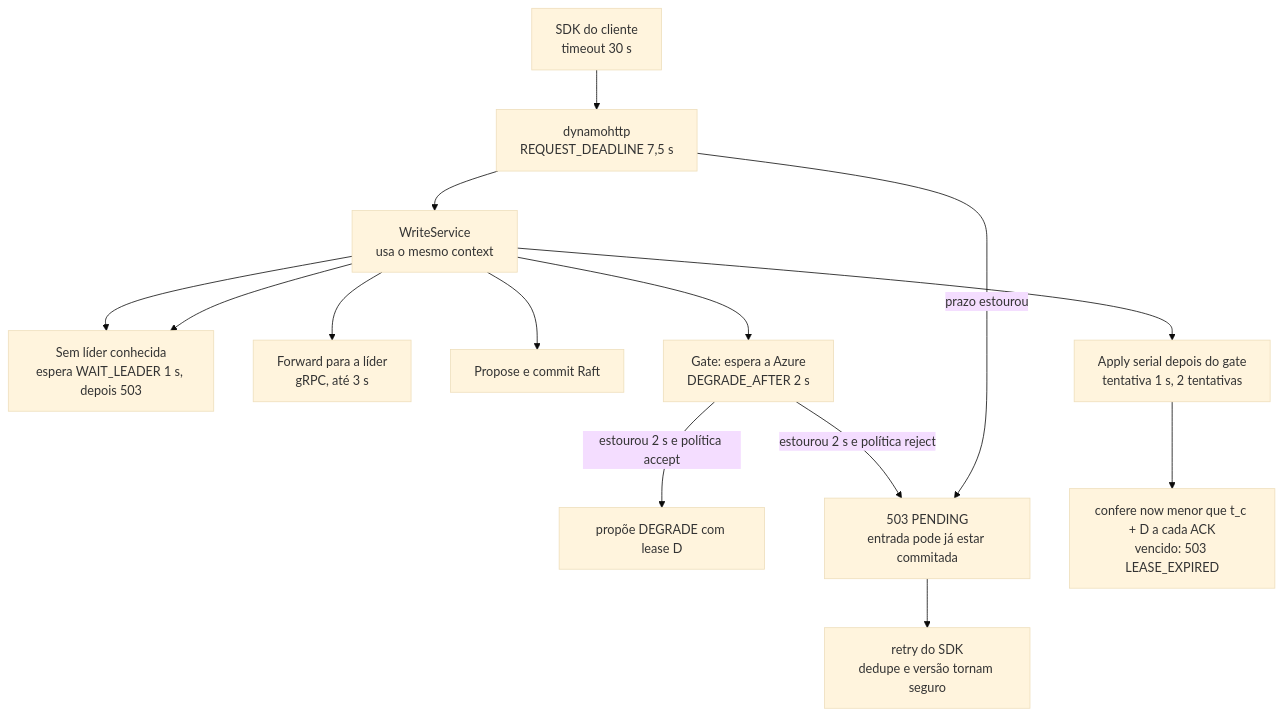
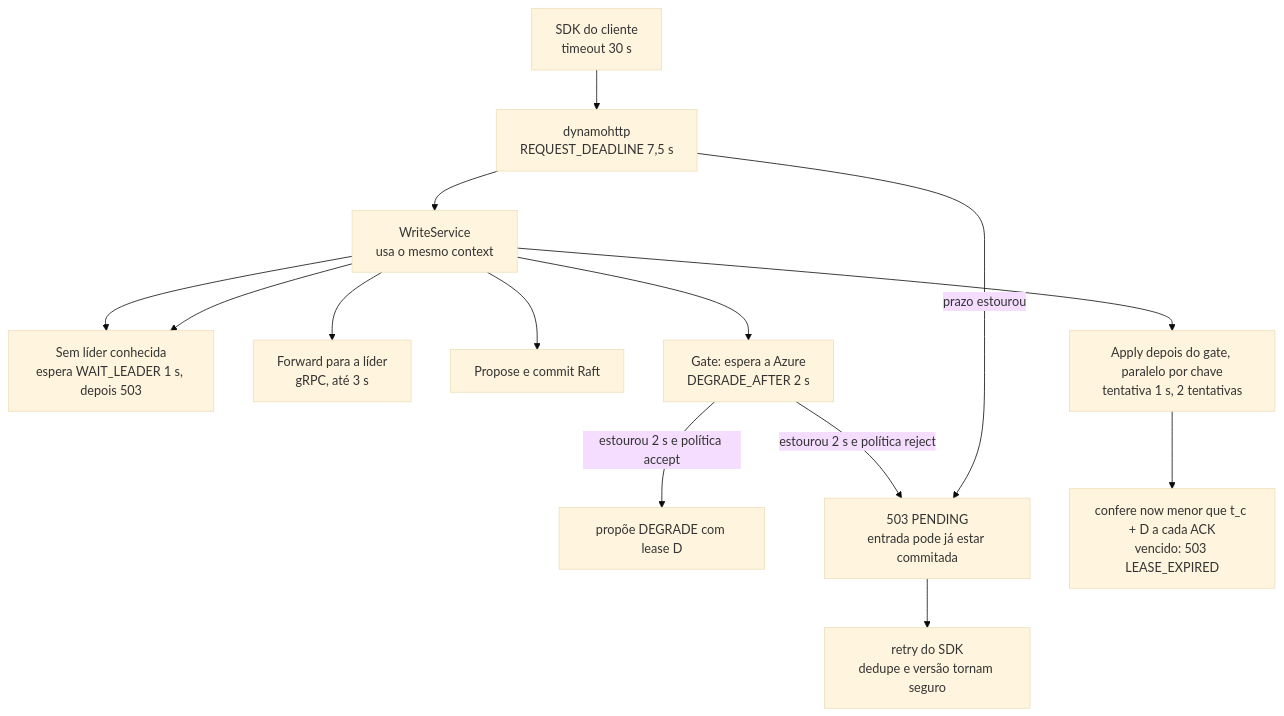
Before and after one commit to brbarmex/k: the diagram in doc/05_implementacao/03_exemplos_de_codigo.md, drawn with Mermaid (base theme). The commit also changed other lines of this file and 124 other files, not shown here.

````diff
--- a/doc/05_implementacao/03_exemplos_de_codigo.md
+++ b/doc/05_implementacao/03_exemplos_de_codigo.md
@@ -1423,16 +1423,16 @@
 ```mermaid
 flowchart TD
     SDK["SDK do cliente<br/>timeout 30 s"] --> API["dynamohttp<br/>REQUEST_DEADLINE 7,5 s"]
     API --> UC["WriteService<br/>usa o mesmo context"]
     UC --> WL["Sem líder conhecida<br/>espera WAIT_LEADER 1 s, depois 503"]
     UC --> WL["Sem líder conhecida<br/>espera WAIT_LEADER 1 s, depois 503"]
     UC --> FWD["Forward para a líder<br/>gRPC, até 3 s"]
     UC --> RAFT["Propose e commit Raft"]
     UC --> GATE["Gate: espera a Azure<br/>DEGRADE_AFTER 2 s"]
     GATE -->|"estourou 2 s e política accept"| DEG["propõe DEGRADE com lease D"]
     GATE -->|"estourou 2 s e política reject"| PEND
-    UC --> APPLY["Apply serial depois do gate<br/>tentativa 1 s, 2 tentativas"]
+    UC --> APPLY["Apply depois do gate, paralelo por chave<br/>tentativa 1 s, 2 tentativas"]
     APPLY --> LEASE["confere now menor que t_c + D a cada ACK<br/>vencido: 503 LEASE_EXPIRED"]
     API -->|"prazo estourou"| PEND["503 PENDING<br/>entrada pode já estar commitada"]
     PEND --> RETRY["retry do SDK<br/>dedupe e versão tornam seguro"]
 ```
````
